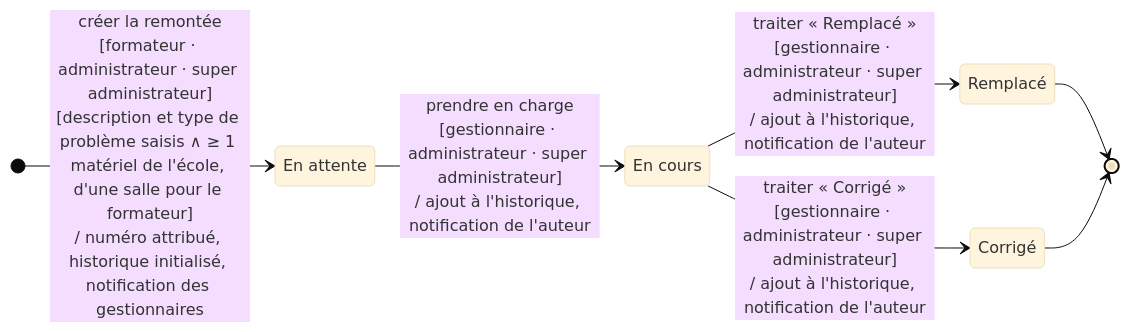
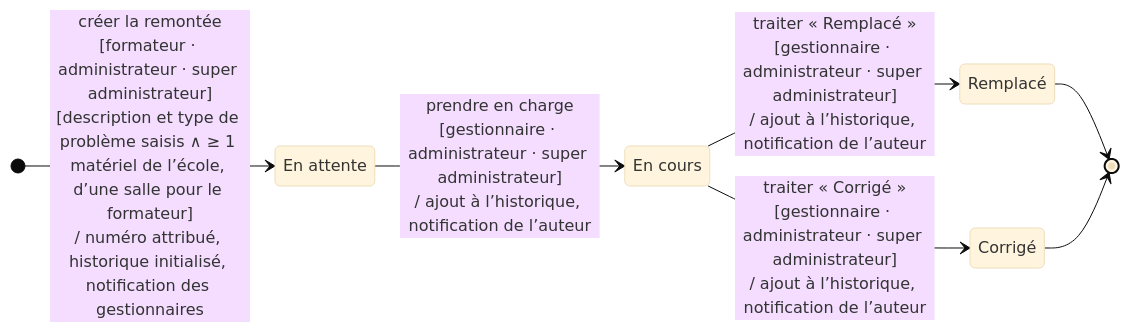
One commit to bpierrelouis/aster changed the first of 4 diagrams in docs/02-ANALYSE/03-ANALYSE/01-DIAGRAMMES-ETATS.md. Above: the diagram before and after it, drawn with Mermaid (base theme). The commit also changed other lines of this file and 32 other files, not shown here.

````diff
--- a/docs/02-ANALYSE/03-ANALYSE/01-DIAGRAMMES-ETATS.md
+++ b/docs/02-ANALYSE/03-ANALYSE/01-DIAGRAMMES-ETATS.md
@@ -11,15 +11,15 @@
 ```mermaid
 stateDiagram-v2
     direction LR
-    [*] --> attente : créer la remontée<br/>[formateur · administrateur · super administrateur]<br/>[description et type de problème saisis ∧ ≥ 1 matériel de l'école, d'une salle pour le formateur]<br/>/ numéro attribué, historique initialisé, notification des gestionnaires
-    attente --> encours : prendre en charge<br/>[gestionnaire · administrateur · super administrateur]<br/>/ ajout à l'historique, notification de l'auteur
-    encours --> remplace : traiter « Remplacé »<br/>[gestionnaire · administrateur · super administrateur]<br/>/ ajout à l'historique, notification de l'auteur
-    encours --> corrige : traiter « Corrigé »<br/>[gestionnaire · administrateur · super administrateur]<br/>/ ajout à l'historique, notification de l'auteur
+    [*] --> attente : créer la remontée<br/>[formateur · administrateur · super administrateur]<br/>[description et type de problème saisis ∧ ≥ 1 matériel de l’école, d’une salle pour le formateur]<br/>/ numéro attribué, historique initialisé, notification des gestionnaires
+    attente --> encours : prendre en charge<br/>[gestionnaire · administrateur · super administrateur]<br/>/ ajout à l’historique, notification de l’auteur
+    encours --> remplace : traiter « Remplacé »<br/>[gestionnaire · administrateur · super administrateur]<br/>/ ajout à l’historique, notification de l’auteur
+    encours --> corrige : traiter « Corrigé »<br/>[gestionnaire · administrateur · super administrateur]<br/>/ ajout à l’historique, notification de l’auteur
     remplace --> [*]
     corrige --> [*]
 
     attente : En attente
     encours : En cours
     remplace : Remplacé
     corrige : Corrigé
 ```
````
